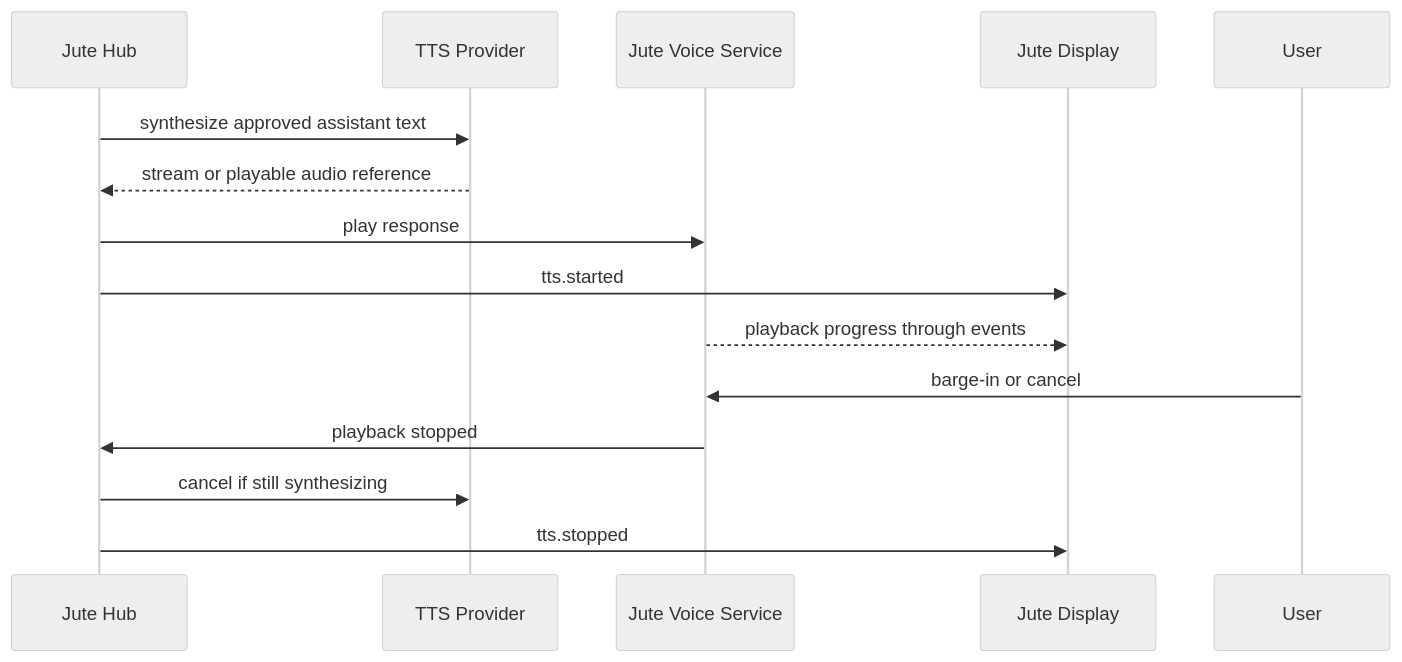
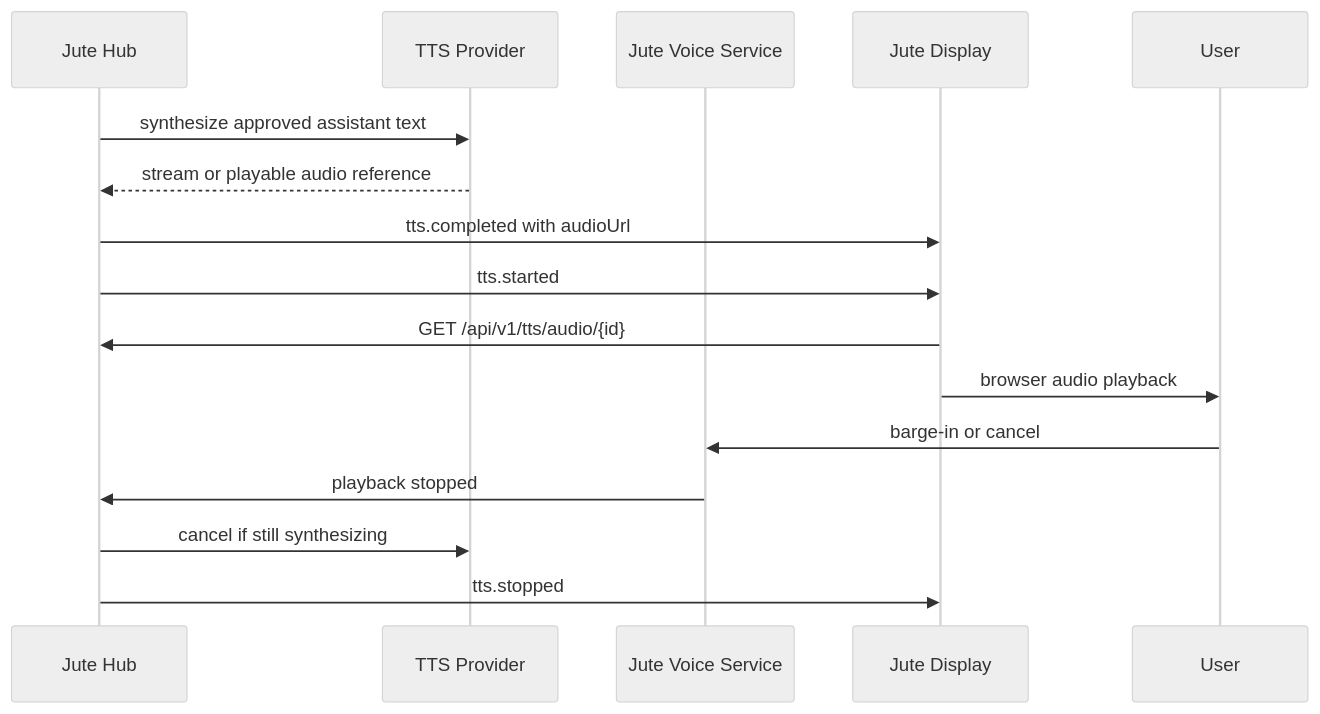
One commit to juteai/jute-dash changed the second of 2 diagrams in docs/architecture/text-to-speech.md. Above: the diagram before and after it, drawn with Mermaid (neutral theme). The commit also changed other lines of this file and 27 other files, not shown here.

Commit message:
fix(voice): complete browser wake and tts flow

````diff
--- a/docs/architecture/text-to-speech.md
+++ b/docs/architecture/text-to-speech.md
@@ -57,18 +57,19 @@
 ```mermaid
 sequenceDiagram
   participant Hub as Jute Hub
   participant Provider as TTS Provider
   participant Voice as Jute Voice Service
   participant UI as Jute Display
   participant User
 
   Hub->>Provider: synthesize approved assistant text
   Provider-->>Hub: stream or playable audio reference
-  Hub->>Voice: play response
+  Hub->>UI: tts.completed with audioUrl
   Hub->>UI: tts.started
-  Voice-->>UI: playback progress through events
+  UI->>Hub: GET /api/v1/tts/audio/{id}
+  UI->>User: browser audio playback
   User->>Voice: barge-in or cancel
   Voice->>Hub: playback stopped
   Hub->>Provider: cancel if still synthesizing
   Hub->>UI: tts.stopped
 ```
````
